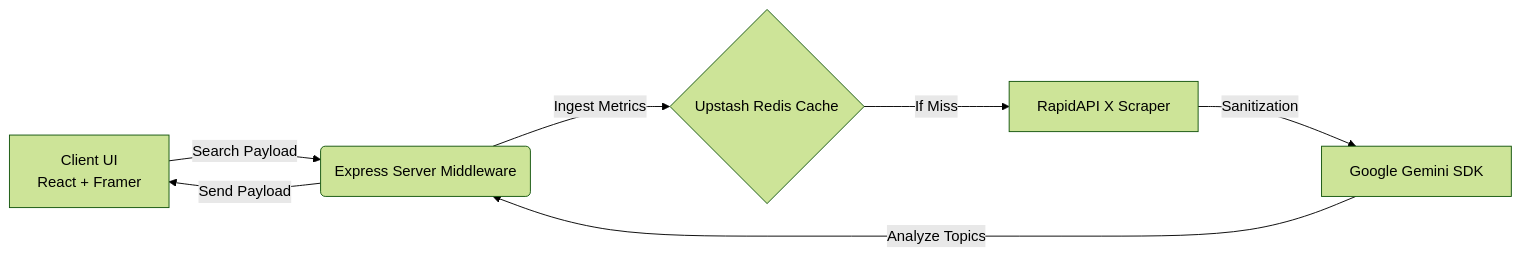
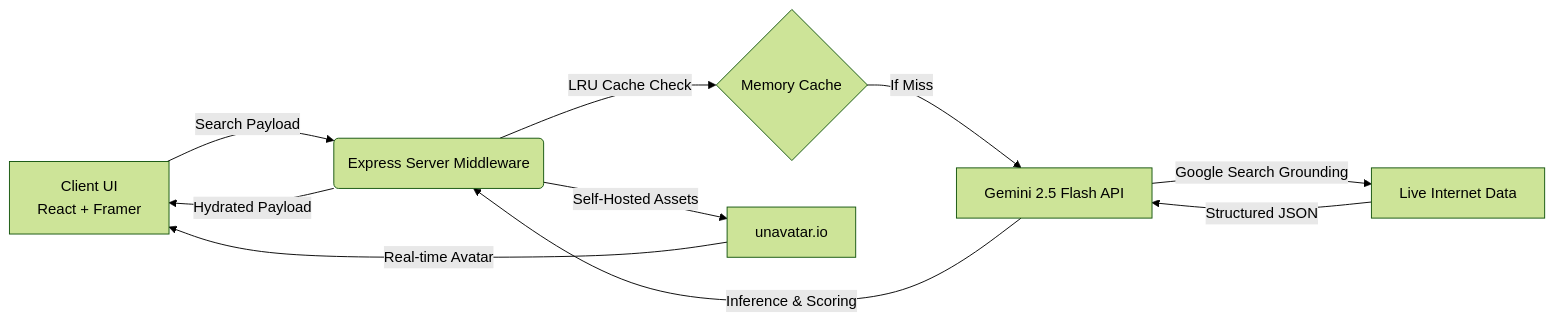
The diagram in README.md (HemachandRavulapalli/AuraScoreAI), drawn with Mermaid (forest theme) before and after one commit. The commit also changed other lines of this file and 1 other file, not shown here.

Commit message:
feat(pro): Finalized AuraScore AI Masterpiece Core - Integrated Gemini Search Grounding, Native Web Sharing, and Resume-Grade Architecture documentation

````diff
--- a/README.md
+++ b/README.md
@@ -39,9 +40,12 @@
 ```mermaid
 graph LR
     A[Client UI<br/>React + Framer] -->|Search Payload| B(Express Server Middleware)
-    B -->|Ingest Metrics| C{Upstash Redis Cache}
-    C -->|If Miss| D[RapidAPI X Scraper]
-    D -->|Sanitization| E[Google Gemini SDK]
-    E -->|Analyze Topics| B
-    B -->|Send Payload| A
+    B -->|LRU Cache Check| C{Memory Cache}
+    C -->|If Miss| D[Gemini 2.5 Flash API]
+    D -->|Google Search Grounding| E[Live Internet Data]
+    E -->|Structured JSON| D
+    D -->|Inference & Scoring| B
+    B -->|Self-Hosted Assets| F[unavatar.io]
+    F -->|Real-time Avatar| A
+    B -->|Hydrated Payload| A
 ```
````
